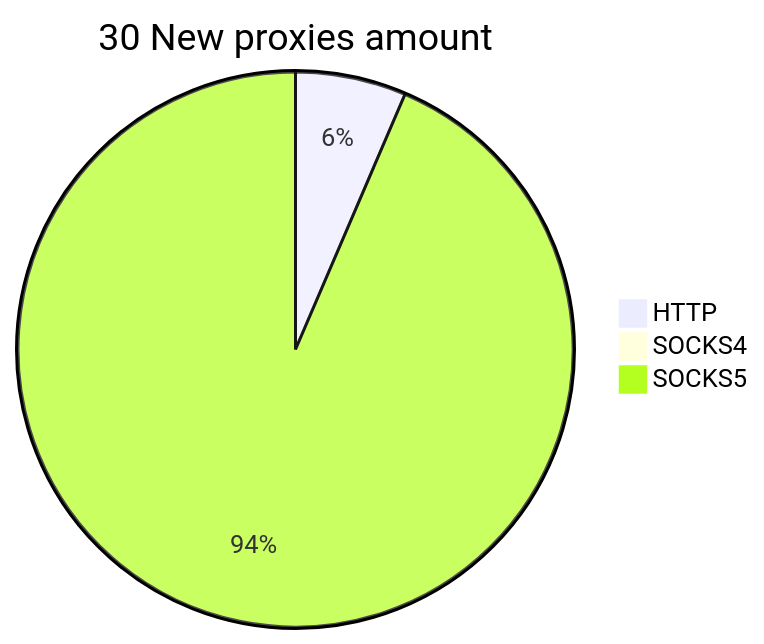
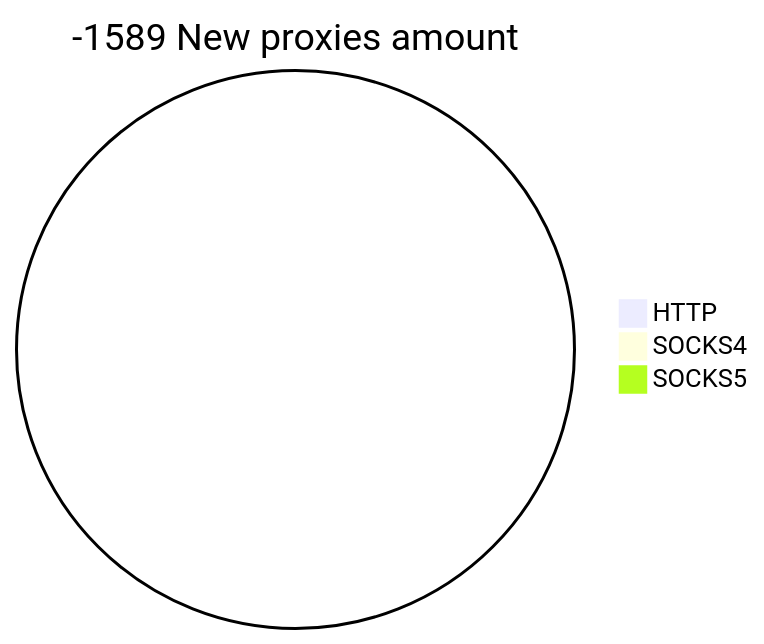
Before and after one commit to cutipu/proxylist: the second of 2 diagrams in README.md, drawn with Mermaid. The commit also changed other lines of this file, not shown here.

````diff
--- a/README.md
+++ b/README.md
@@ -10,6 +10,6 @@
 ```mermaid
-pie title 30 New proxies amount
-    "HTTP" : 2
+pie title -1589 New proxies amount
+    "HTTP" : 0
     "SOCKS4" : 0
-    "SOCKS5" : 29
+    "SOCKS5" : 0
 ```
````
